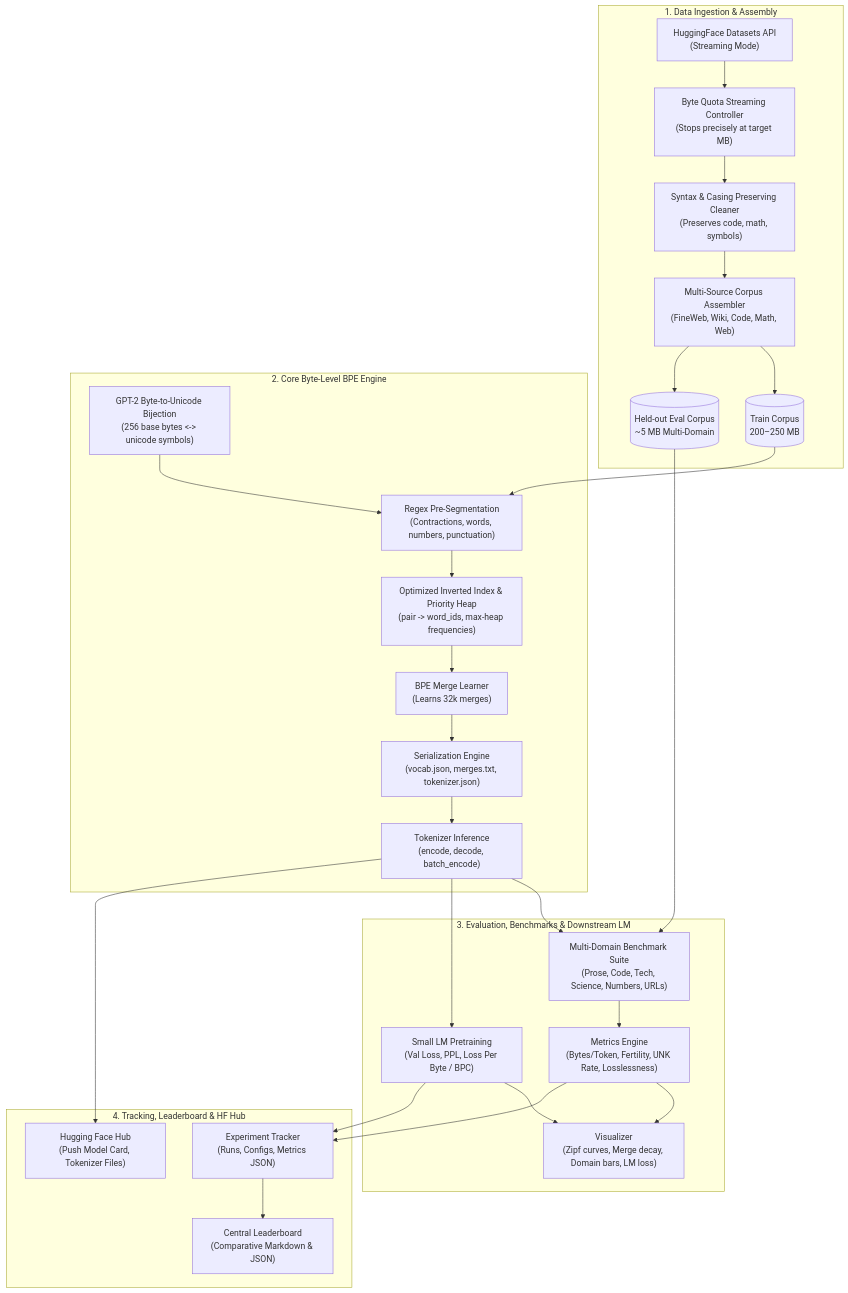
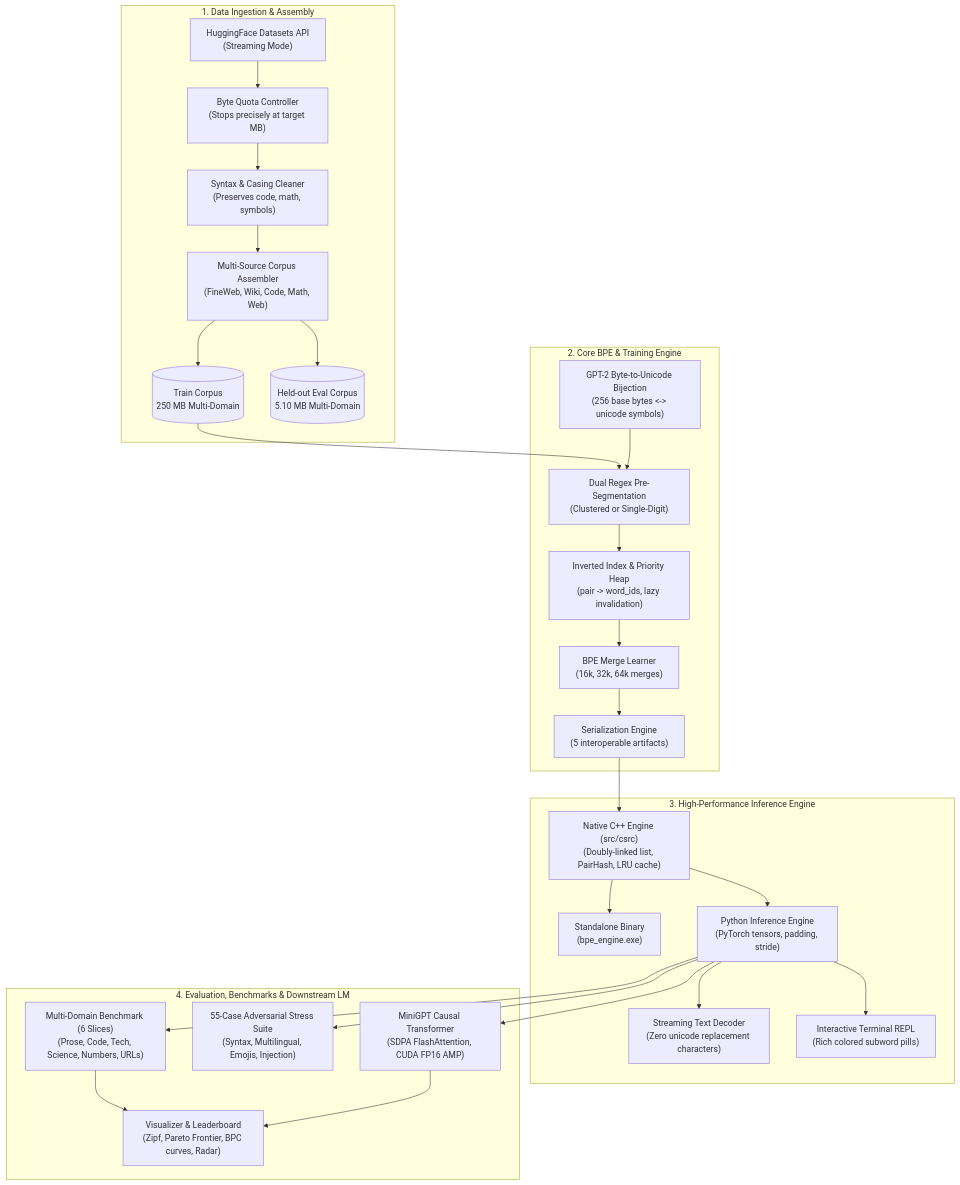
Before and after one commit to Sumit-Prasad01/BPE-Tokenizer: the diagram in README.md, drawn with Mermaid. The commit also changed other lines of this file and 12 other files, not shown here.

````diff
--- a/README.md
+++ b/README.md
@@ -61,56 +73,55 @@
 ```mermaid
 flowchart TD
     subgraph DataPipeline["1. Data Ingestion & Assembly"]
         HF["HuggingFace Datasets API<br/>(Streaming Mode)"]
-        StreamCtrl["Byte Quota Streaming Controller<br/>(Stops precisely at target MB)"]
-        Cleaner["Syntax & Casing Preserving Cleaner<br/>(Preserves code, math, symbols)"]
+        StreamCtrl["Byte Quota Controller<br/>(Stops precisely at target MB)"]
+        Cleaner["Syntax & Casing Cleaner<br/>(Preserves code, math, symbols)"]
         Assembler["Multi-Source Corpus Assembler<br/>(FineWeb, Wiki, Code, Math, Web)"]
-        TrainCorpus[("Train Corpus<br/>200–250 MB")]
-        EvalCorpus[("Held-out Eval Corpus<br/>~5 MB Multi-Domain")]
+        TrainCorpus[("Train Corpus<br/>250 MB Multi-Domain")]
+        EvalCorpus[("Held-out Eval Corpus<br/>5.10 MB Multi-Domain")]
 
         HF --> StreamCtrl --> Cleaner --> Assembler
         Assembler --> TrainCorpus
         Assembler --> EvalCorpus
     end
 
-    subgraph BPECore["2. Core Byte-Level BPE Engine"]
+    subgraph BPECore["2. Core BPE & Training Engine"]
         ByteBijection["GPT-2 Byte-to-Unicode Bijection<br/>(256 base bytes <-> unicode symbols)"]
-        PreTokenizer["Regex Pre-Segmentation<br/>(Contractions, words, numbers, punctuation)"]
-        InvertedIndex["Optimized Inverted Index & Priority Heap<br/>(pair -> word_ids, max-heap frequencies)"]
-        BpeTrainer["BPE Merge Learner<br/>(Learns 32k merges)"]
-        Serializer["Serialization Engine<br/>(vocab.json, merges.txt, tokenizer.json)"]
-        InferenceEngine["Tokenizer Inference<br/>(encode, decode, batch_encode)"]
+        PreTokenizer["Dual Regex Pre-Segmentation<br/>(Clustered or Single-Digit)"]
+        InvertedIndex["Inverted Index & Priority Heap<br/>(pair -> word_ids, lazy invalidation)"]
+        BpeTrainer["BPE Merge Learner<br/>(16k, 32k, 64k merges)"]
+        Serializer["Serialization Engine<br/>(5 interoperable artifacts)"]
 
         TrainCorpus --> PreTokenizer
         ByteBijection --> PreTokenizer
         PreTokenizer --> InvertedIndex
         InvertedIndex --> BpeTrainer
         BpeTrainer --> Serializer
-        Serializer --> InferenceEngine
     end
 
-    subgraph EvalBench["3. Evaluation, Benchmarks & Downstream LM"]
-        Benchmarks["Multi-Domain Benchmark Suite<br/>(Prose, Code, Tech, Science, Numbers, URLs)"]
-        Metrics["Metrics Engine<br/>(Bytes/Token, Fertility, UNK Rate, Losslessness)"]
-        DownstreamLM["Small LM Pretraining<br/>(Val Loss, PPL, Loss Per Byte / BPC)"]
-        Visualizer["Visualizer<br/>(Zipf curves, Merge decay, Domain bars, LM loss)"]
+    subgraph InferenceSubsystem["3. High-Performance Inference Engine"]
+        CPPEngine["Native C++ Engine (src/csrc)<br/>(Doubly-linked list, PairHash, LRU cache)"]
+        CPPExe["Standalone Binary<br/>(bpe_engine.exe)"]
+        PyEngine["Python Inference Engine<br/>(PyTorch tensors, padding, stride)"]
+        StreamDec["Streaming Text Decoder<br/>(Zero unicode replacement characters)"]
+        InteractiveREPL["Interactive Terminal REPL<br/>(Rich colored subword pills)"]
 
-        InferenceEngine --> Benchmarks
-        EvalCorpus --> Benchmarks
-        Benchmarks --> Metrics
-        InferenceEngine --> DownstreamLM
-        Metrics --> Visualizer
-        DownstreamLM --> Visualizer
+        Serializer --> CPPEngine
+        CPPEngine --> CPPExe
+        CPPEngine --> PyEngine
+        PyEngine --> StreamDec
+        PyEngine --> InteractiveREPL
     end
 
-    subgraph TrackingHub["4. Tracking, Leaderboard & HF Hub"]
-        Tracker["Experiment Tracker<br/>(Runs, Configs, Metrics JSON)"]
-        Leaderboard["Central Leaderboard<br/>(Comparative Markdown & JSON)"]
-        HFHub["Hugging Face Hub<br/>(Push Model Card, Tokenizer Files)"]
+    subgraph EvalBench["4. Evaluation, Benchmarks & Downstream LM"]
+        Benchmarks["Multi-Domain Benchmark (6 Slices)<br/>(Prose, Code, Tech, Science, Numbers, URLs)"]
+        StressSuite["55-Case Adversarial Stress Suite<br/>(Syntax, Multilingual, Emojis, Injection)"]
+        DownstreamLM["MiniGPT Causal Transformer<br/>(SDPA FlashAttention, CUDA FP16 AMP)"]
+        Visualizer["Visualizer & Leaderboard<br/>(Zipf, Pareto Frontier, BPC curves, Radar)"]
 
-        Metrics --> Tracker
-        DownstreamLM --> Tracker
-        Tracker --> Leaderboard
-        InferenceEngine --> HFHub
+        PyEngine --> Benchmarks
+        PyEngine --> StressSuite
+        PyEngine --> DownstreamLM
+        Benchmarks & DownstreamLM --> Visualizer
     end
 ```
````
